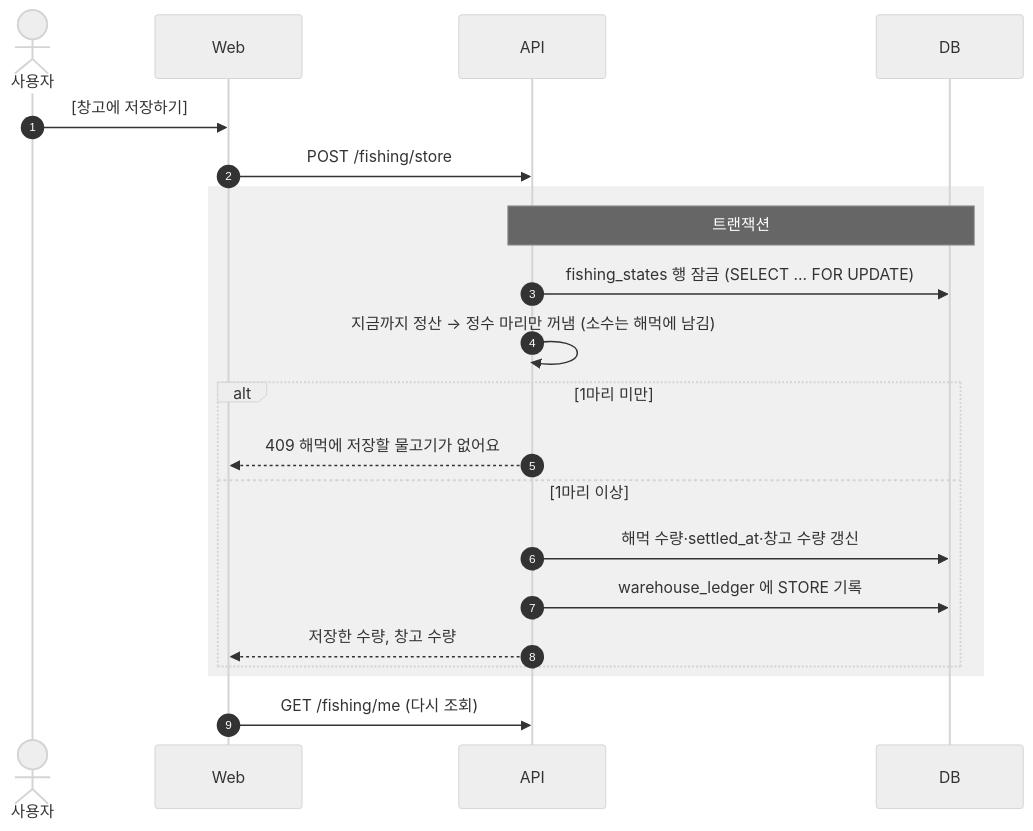
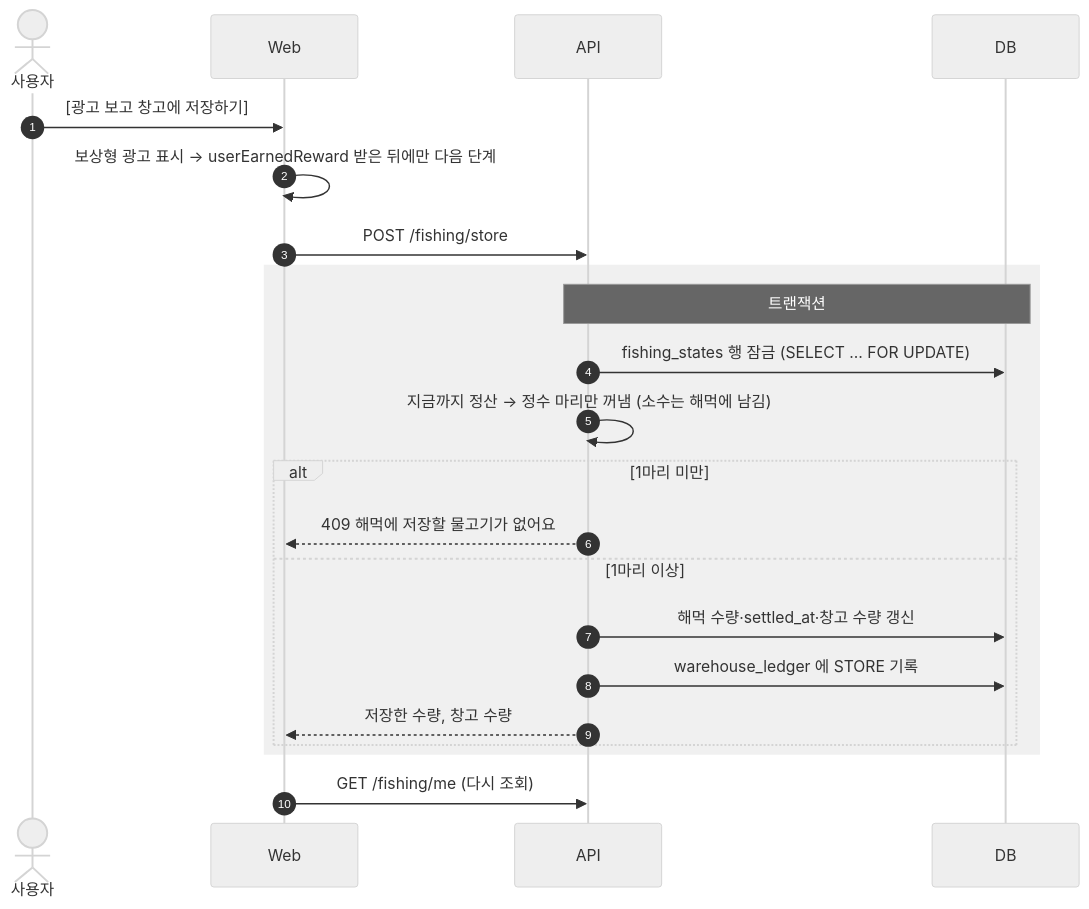
Before and after one commit to toss-minigame/haedalpoint: the third of 7 diagrams in docs/design/fishing-sequence.md, drawn with Mermaid (neutral theme). The commit also changed other lines of this file and 5 other files, not shown here.

````diff
--- a/docs/design/fishing-sequence.md
+++ b/docs/design/fishing-sequence.md
@@ -46,24 +46,25 @@
 ```mermaid
 sequenceDiagram
     autonumber
     actor U as 사용자
     participant W as Web
     participant A as API
     participant D as DB
 
-    U->>W: [창고에 저장하기]
+    U->>W: [광고 보고 창고에 저장하기]
+    W->>W: 보상형 광고 표시 → userEarnedReward 받은 뒤에만 다음 단계
     W->>A: POST /fishing/store
     rect rgb(240, 240, 240)
         Note over A,D: 트랜잭션
         A->>D: fishing_states 행 잠금 (SELECT … FOR UPDATE)
         A->>A: 지금까지 정산 → 정수 마리만 꺼냄 (소수는 해먹에 남김)
         alt 1마리 미만
             A-->>W: 409 해먹에 저장할 물고기가 없어요
         else 1마리 이상
             A->>D: 해먹 수량·settled_at·창고 수량 갱신
             A->>D: warehouse_ledger 에 STORE 기록
             A-->>W: 저장한 수량, 창고 수량
         end
     end
     W->>A: GET /fishing/me (다시 조회)
 ```
````
